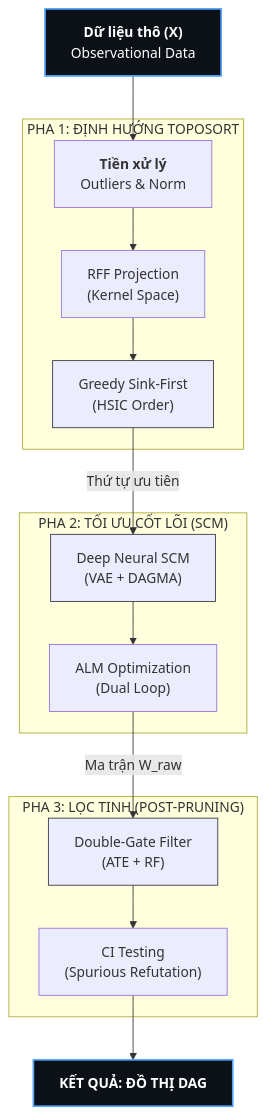
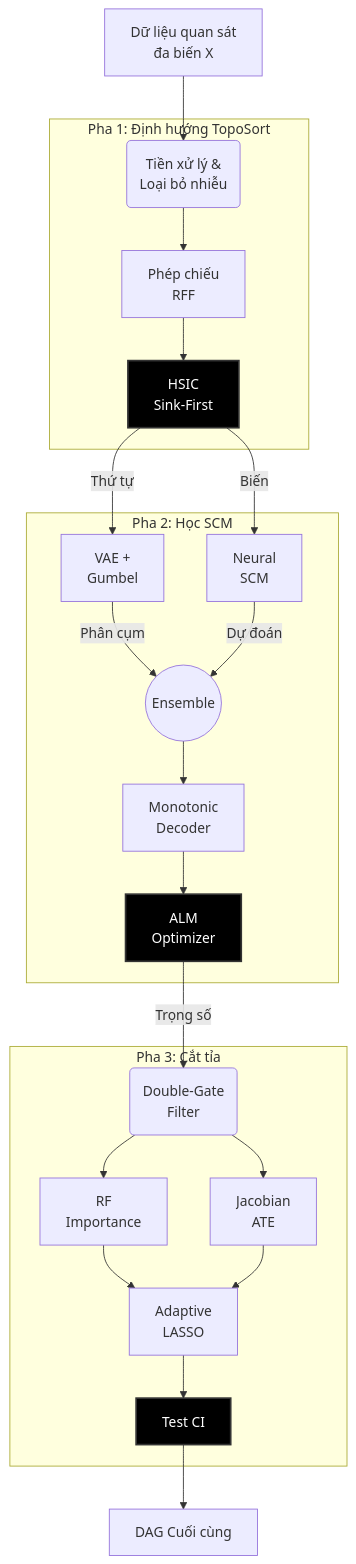
The first of 5 diagrams in docx/Chuong3_MoHinhDeepANM.md (manhthai1706/DeepANM), drawn with Mermaid before and after one commit. The commit also changed other lines of this file, not shown here.

Commit message:
docs: expand Chapter 3 content with detailed theoretical justifications and 3-phase analysis

````diff
--- a/docx/Chuong3_MoHinhDeepANM.md
+++ b/docx/Chuong3_MoHinhDeepANM.md
@@ -58,27 +11,35 @@
 ```mermaid
 graph TD
-    classDef highlight fill:#0b1117,color:#fff,stroke:#58a6ff,stroke-width:2px;
-    classDef sub core fill:#161b22,stroke:#30363d,stroke-width:1px;
+    classDef highlight fill:#000,color:#fff,stroke:#333,stroke-width:2px;
+    classDef sub core fill:#bbf,stroke:#333,stroke-width:2px;
     
-    Data["<b>Dữ liệu thô (X)</b><br/>Observational Data"] --> Pre["<b>Tiền xử lý</b><br/>Outliers & Norm"]
+    Data["Dữ liệu quan sát<br/>đa biến X"] --> Preprocess("Tiền xử lý &<br/>Loại bỏ nhiễu")
     
-    subgraph phase1 ["PHA 1: ĐỊNH HƯỚNG TOPOSORT"]
-        Pre --> RFF["RFF Projection<br/>(Kernel Space)"]
-        RFF --> Sink["Greedy Sink-First<br/>(HSIC Order)"]
+    subgraph phase1 ["Pha 1: Định hướng TopoSort"]
+        Preprocess --> RFF["Phép chiếu<br/>RFF"]
+        RFF --> Sink["HSIC<br/>Sink-First"]
     end
     
-    subgraph phase2 ["PHA 2: TỐI ƯU CỐT LÕI (SCM)"]
-        Sink -->|"Thứ tự ưu tiên"| GPPOM["Deep Neural SCM<br/>(VAE + DAGMA)"]
-        GPPOM --> ALM["ALM Optimization<br/>(Dual Loop)"]
+    subgraph phase2 ["Pha 2: Học SCM"]
+        Sink -->|"Thứ tự"| Encoder["VAE +<br/>Gumbel"]
+        Sink -->|"Biến"| SEM["Neural<br/>SCM"]
+        Encoder -->|"Phân cụm"| Combine((Ensemble))
+        SEM -->|"Dự đoán"| Combine
+        Combine --> Decoder["Monotonic<br/>Decoder"]
+        Decoder --> ALM["ALM<br/>Optimizer"]
     end
     
-    subgraph phase3 ["PHA 3: LỌC TINH (POST-PRUNING)"]
-        ALM -->|"Ma trận W_raw"| DG["Double-Gate Filter<br/>(ATE + RF)"]
-        DG --> CI["CI Testing<br/>(Spurious Refutation)"]
+    subgraph phase3 ["Pha 3: Cắt tỉa"]
+        ALM -->|"Trọng số"| DoubleGate("Double-Gate<br/>Filter")
+        DoubleGate --> RF["RF<br/>Importance"]
+        DoubleGate --> ATE["Jacobian<br/>ATE"]
+        RF --> ALasso["Adaptive<br/>LASSO"]
+        ATE --> ALasso
+        ALasso --> CI["Test CI"]
     end
     
-    CI --> Final["<b>KẾT QUẢ: ĐỒ THỊ DAG</b>"]
+    CI --> Final["DAG Cuối cùng"]
     
-    class Data,Final highlight;
-    class GPPOM,Sink,DG sub;
+    class Sink,ALM,CI highlight;
+    class Encoder,SEM,Decoder core;
 ```
````
